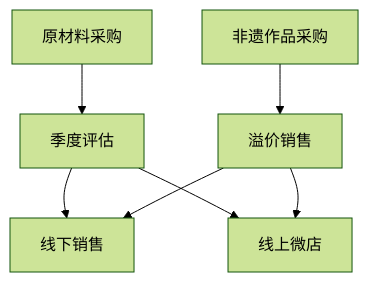
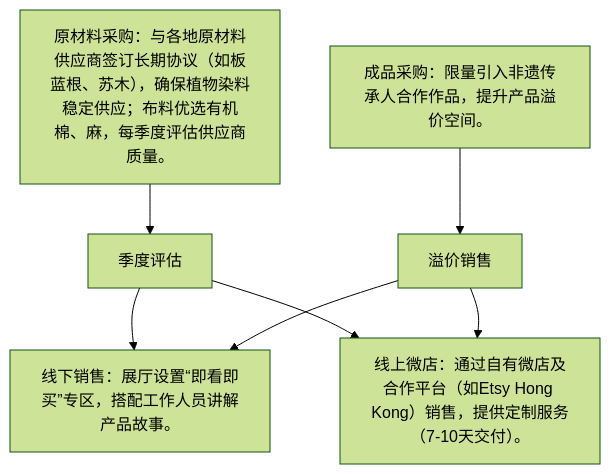
Before and after one commit to NaturalRice/git-demo: the third of 8 diagrams in README.md, drawn with Mermaid (forest theme).

````diff
--- a/README.md
+++ b/README.md
@@ -29,9 +29,9 @@
 ```mermaid
 flowchart TD
-    A[原材料采购] --> B[季度评估]
-    C[非遗作品采购] --> D[溢价销售]
-    B --> E[线下销售]
-    B --> F[线上微店]
+    A[原材料采购：与各地原材料供应商签订长期协议（如板蓝根、苏木），确保植物染料稳定供应；布料优选有机棉、麻，每季度评估供应商质量。] --> B[季度评估]
+    C[成品采购：限量引入非遗传承人合作作品，提升产品溢价空间。] --> D[溢价销售]
+    B --> E[线下销售：展厅设置“即看即买”专区，搭配工作人员讲解产品故事。]
+    B --> F[线上微店：通过自有微店及合作平台（如Etsy Hong Kong）销售，提供定制服务（7-10天交付）。]
     D --> E
     D --> F
 ```
````
